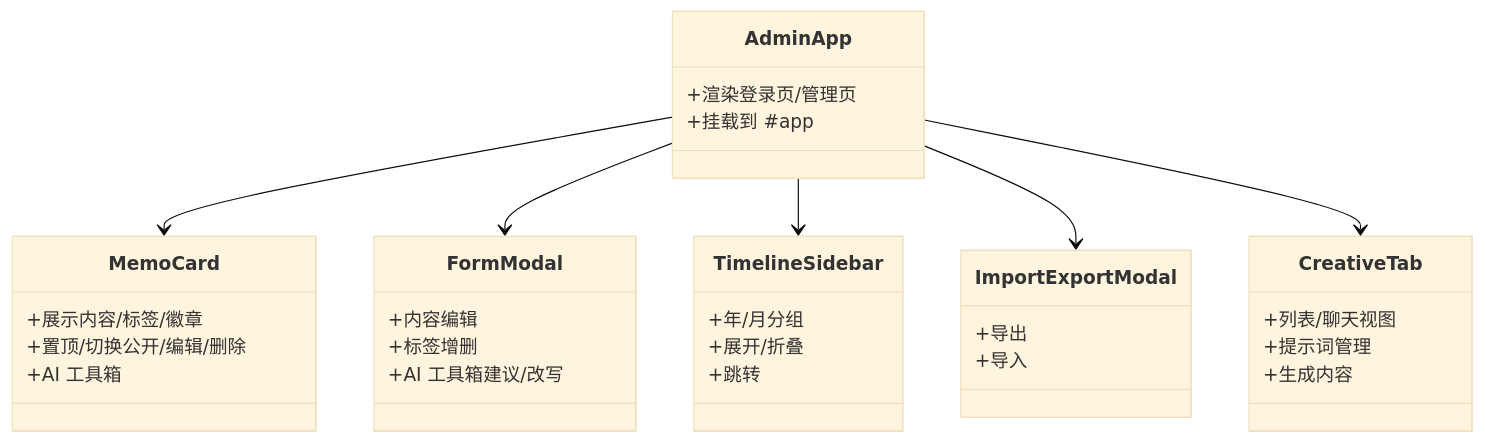
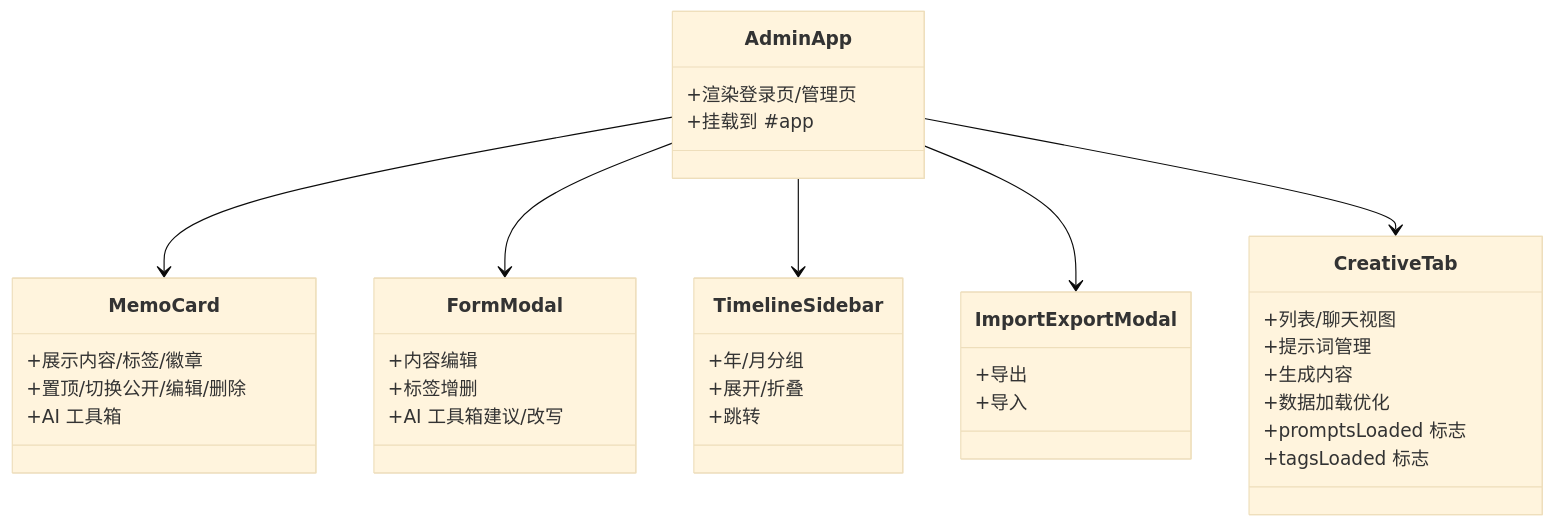
Before and after one commit to BlackBoxRecorder/memos: the third of 8 diagrams in .qoder/repowiki/zh/content/前端应用/前端应用.md, drawn with Mermaid (base theme). The commit also changed other lines of this file and 3 other files, not shown here.

````diff
--- a/.qoder/repowiki/zh/content/前端应用/前端应用.md
+++ b/.qoder/repowiki/zh/content/前端应用/前端应用.md
@@ -195,36 +205,39 @@
 ```mermaid
 classDiagram
 class AdminApp {
 +渲染登录页/管理页
 +挂载到 #app
 }
 class MemoCard {
 +展示内容/标签/徽章
 +置顶/切换公开/编辑/删除
 +AI 工具箱
 }
 class FormModal {
 +内容编辑
 +标签增删
 +AI 工具箱建议/改写
 }
 class TimelineSidebar {
 +年/月分组
 +展开/折叠
 +跳转
 }
 class ImportExportModal {
 +导出
 +导入
 }
 class CreativeTab {
 +列表/聊天视图
 +提示词管理
 +生成内容
++数据加载优化
++promptsLoaded 标志
++tagsLoaded 标志
 }
 AdminApp --> MemoCard
 AdminApp --> FormModal
 AdminApp --> TimelineSidebar
 AdminApp --> ImportExportModal
 AdminApp --> CreativeTab
 ```
````
